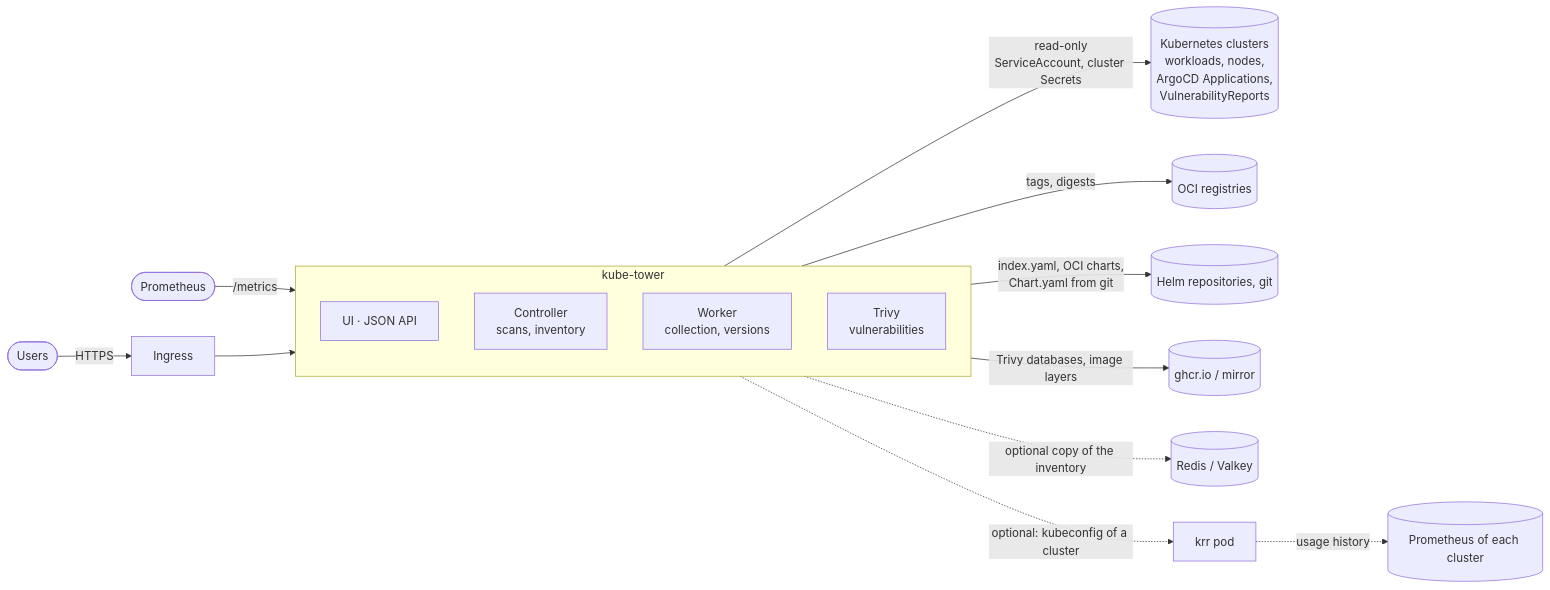
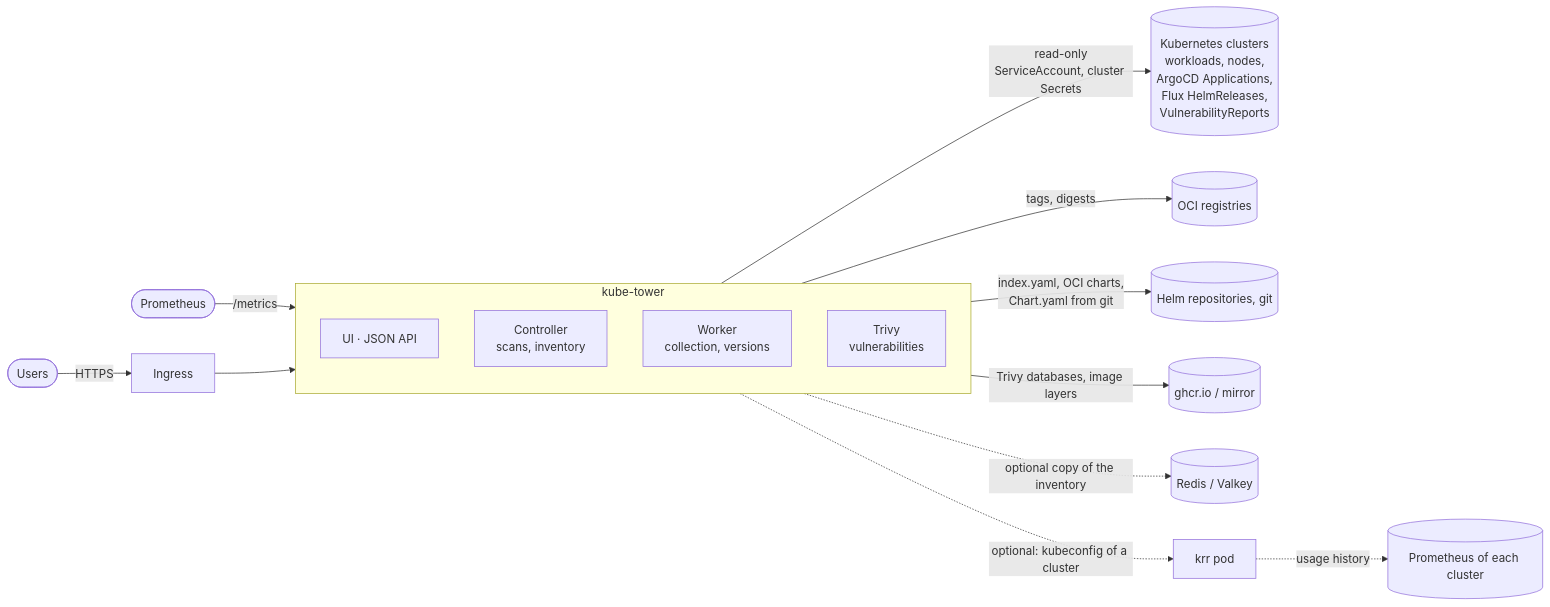
Before and after one commit to Arcanexus/kube-tower: the first of 4 diagrams in docs/architecture.md, drawn with Mermaid. The commit also changed 60 other files, not shown here.

First line of the commit message:
Read Helm charts from Flux HelmReleases and Helm releases

````diff
--- a/docs/architecture.md
+++ b/docs/architecture.md
@@ -12,22 +12,22 @@
 ```mermaid
 flowchart LR
     user([Users]) -->|HTTPS| ingress[Ingress]
     prom([Prometheus]) -->|/metrics| kt
     ingress --> kt
 
     subgraph kt[kube-tower]
         direction TB
         ui[UI · JSON API]
         ctl[Controller<br/>scans, inventory]
         wrk[Worker<br/>collection, versions]
         trv[Trivy<br/>vulnerabilities]
     end
 
-    kt -->|read-only<br/>ServiceAccount, cluster Secrets| k8s[(Kubernetes clusters<br/>workloads, nodes,<br/>ArgoCD Applications,<br/>VulnerabilityReports)]
+    kt -->|read-only<br/>ServiceAccount, cluster Secrets| k8s[(Kubernetes clusters<br/>workloads, nodes,<br/>ArgoCD Applications,<br/>Flux HelmReleases,<br/>VulnerabilityReports)]
     kt -->|tags, digests| reg[(OCI registries)]
     kt -->|index.yaml, OCI charts,<br/>Chart.yaml from git| helm[(Helm repositories, git)]
     kt -->|Trivy databases, image layers| trivydb[(ghcr.io / mirror)]
     kt -.->|optional copy of the inventory| redis[(Redis / Valkey)]
     kt -.->|optional: kubeconfig of a cluster| krr[krr pod]
     krr -.->|usage history| kprom[(Prometheus of each cluster)]
 ```
````
